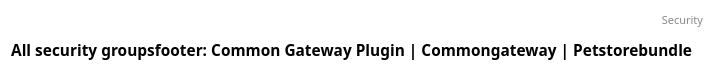
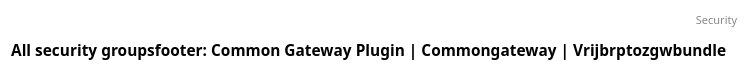
The diagram in docs/security/all_security_classes.puml (CommonGateway/VrijBRPToZGWBundle), drawn with PlantUML before and after one commit. The commit also changed 6 other files, not shown here.

```diff
--- a/docs/security/all_security_classes.puml
+++ b/docs/security/all_security_classes.puml
@@ -1,5 +1,5 @@
 @startuml
-title: All security groupsfooter: Common Gateway Plugin | Commongateway | Petstorebundle 
+title: All security groupsfooter: Common Gateway Plugin | Commongateway | Vrijbrptozgwbundle 
 header: Security
 
 @enduml
```
